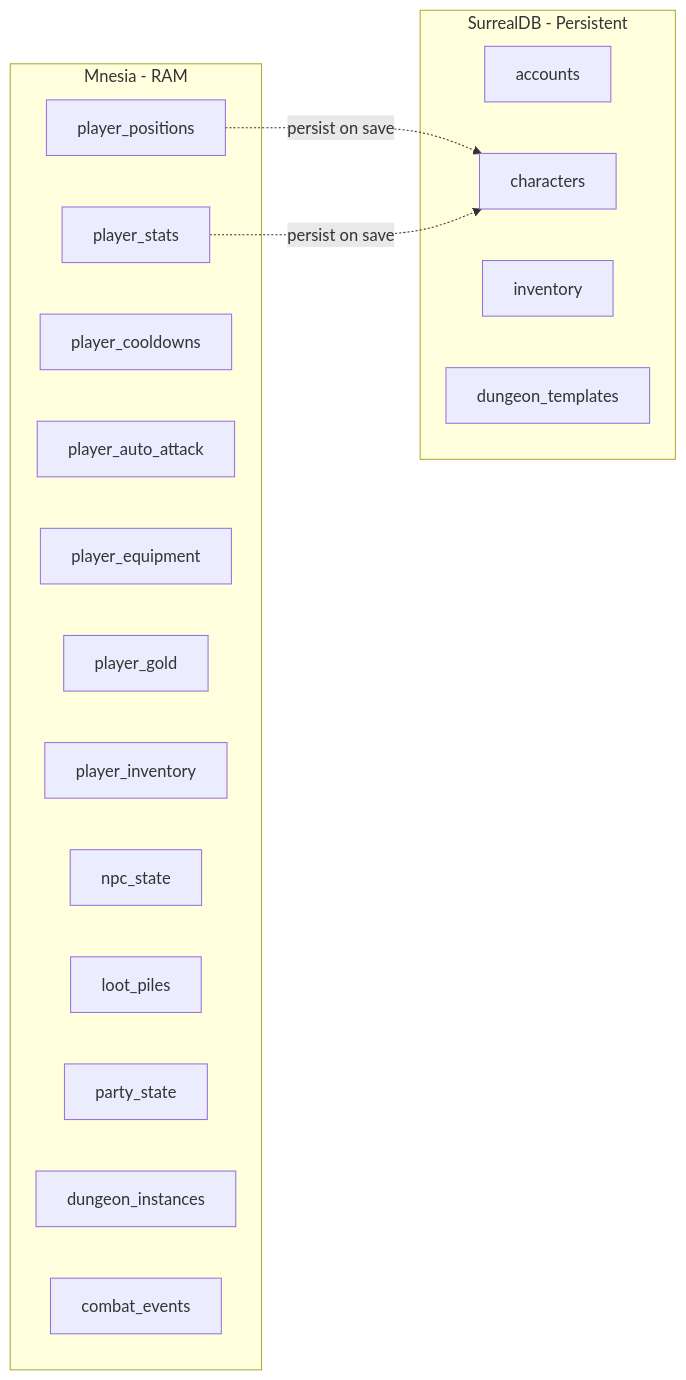
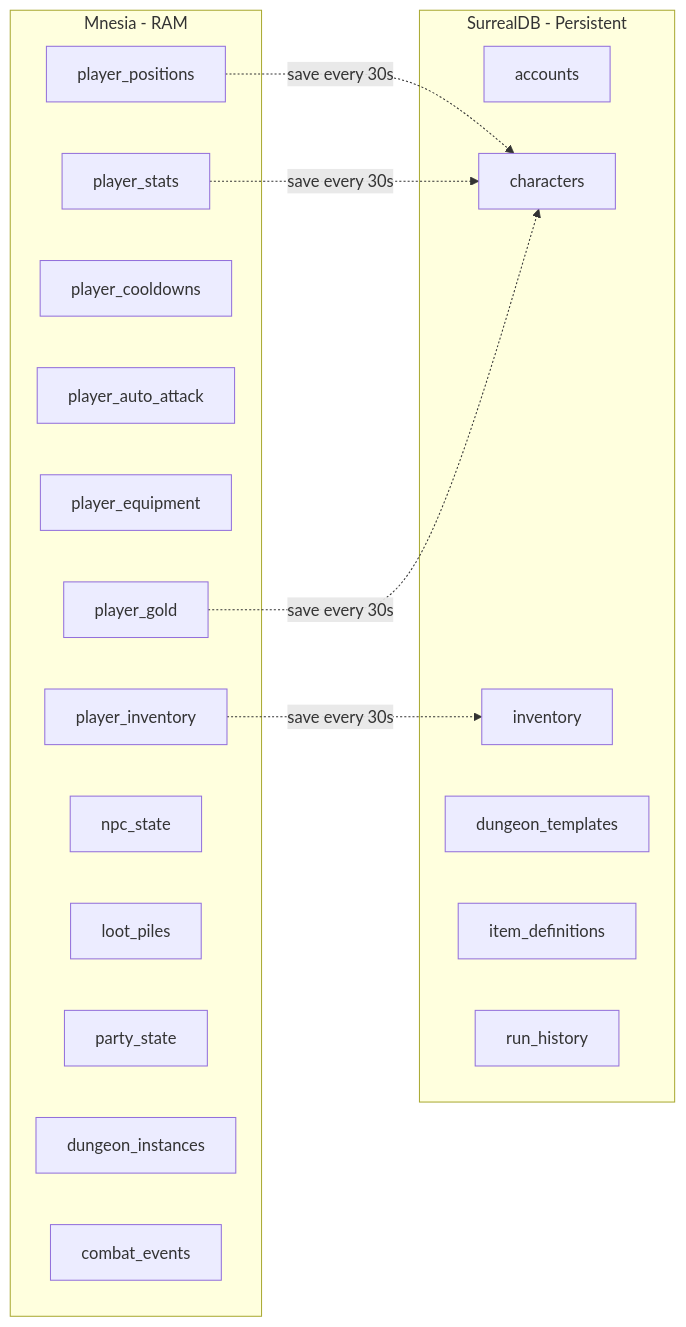
One commit to phiat/slow-arena changed the fifth of 5 diagrams in README.md. Above: the diagram before and after it, drawn with Mermaid. The commit also changed other lines of this file and 4 other files, not shown here.

````diff
--- a/README.md
+++ b/README.md
@@ -173,27 +176,31 @@
 ```mermaid
 graph LR
     subgraph Mnesia_RAM["Mnesia - RAM"]
         A[player_positions]
         B[player_stats]
         C[player_cooldowns]
         AA[player_auto_attack]
         PE[player_equipment]
         PG[player_gold]
         PI[player_inventory]
         D[npc_state]
         E[loot_piles]
         F[party_state]
         G[dungeon_instances]
         H[combat_events]
     end
 
     subgraph SurrealDB_Persistent["SurrealDB - Persistent"]
         I[accounts]
         J[characters]
         K[inventory]
         L[dungeon_templates]
+        M[item_definitions]
+        N[run_history]
     end
 
-    A -.->|persist on save| J
-    B -.->|persist on save| J
+    A -.->|save every 30s| J
+    B -.->|save every 30s| J
+    PG -.->|save every 30s| J
+    PI -.->|save every 30s| K
 ```
````
